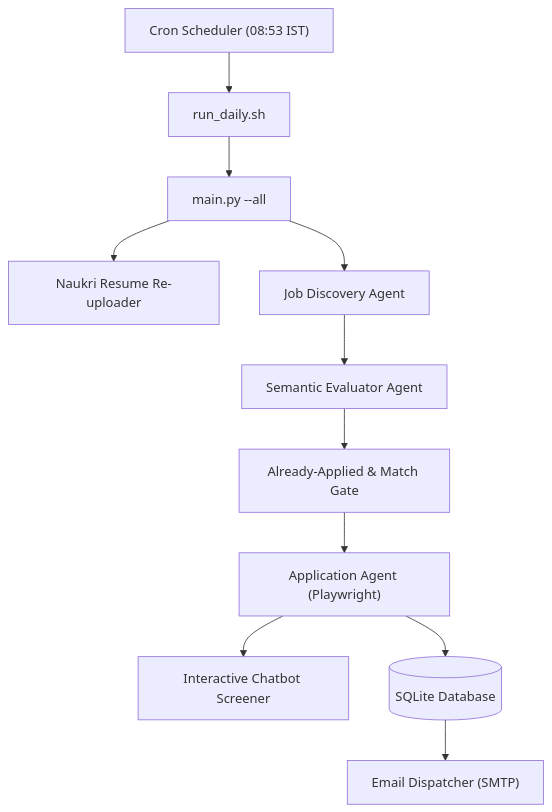
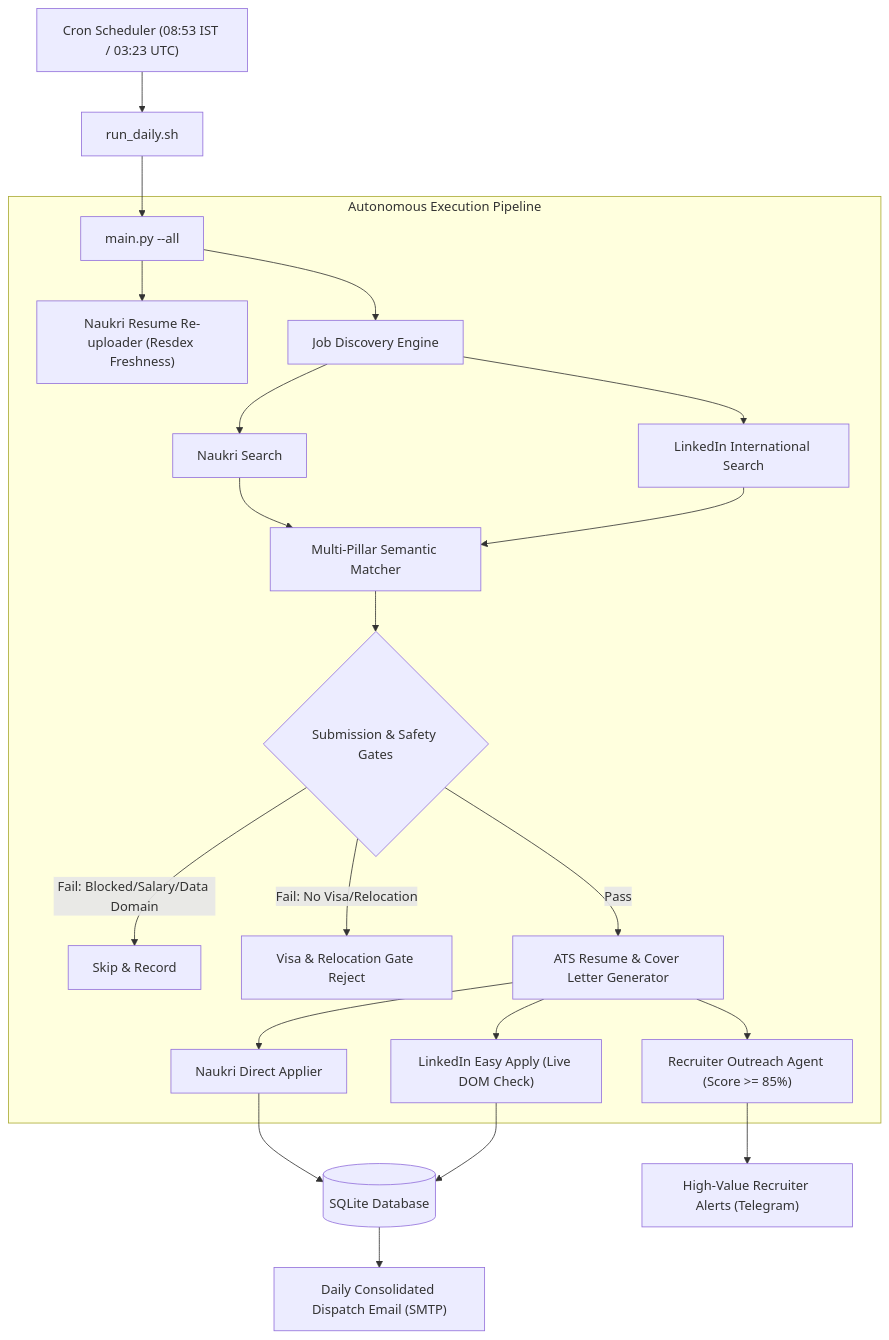
One commit to Saket8/CareerOps changed the diagram in README.md. Above: the diagram before and after it, drawn with Mermaid. The commit also changed other lines of this file, not shown here.

Commit message:
docs(readme): document LinkedIn Easy Apply pipeline, Visa/Relocation gate, and Telegram alerts

````diff
--- a/README.md
+++ b/README.md
@@ -34,13 +41,31 @@
 ```mermaid
 flowchart TD
-    Cron["Cron Scheduler (08:53 IST)"] --> Runner["run_daily.sh"]
+    Cron["Cron Scheduler (08:53 IST / 03:23 UTC)"] --> Runner["run_daily.sh"]
     Runner --> Main["main.py --all"]
-    Main --> Reupload["Naukri Resume Re-uploader"]
-    Main --> Discovery["Job Discovery Agent"]
-    Discovery --> Matcher["Semantic Evaluator Agent"]
-    Matcher --> Filter["Already-Applied & Match Gate"]
-    Filter --> Applier["Application Agent (Playwright)"]
-    Applier --> Screener["Interactive Chatbot Screener"]
-    Applier --> DB[(SQLite Database)]
-    DB --> Reporter["Email Dispatcher (SMTP)"]
+    
+    subgraph Pipeline ["Autonomous Execution Pipeline"]
+        Main --> Reupload["Naukri Resume Re-uploader (Resdex Freshness)"]
+        Main --> Discovery["Job Discovery Engine"]
+        Discovery --> NaukriDisc["Naukri Search"]
+        Discovery --> LIDisc["LinkedIn International Search"]
+        
+        NaukriDisc --> Qual["Multi-Pillar Semantic Matcher"]
+        LIDisc --> Qual
+        
+        Qual --> Gates{"Submission & Safety Gates"}
+        Gates -->|Fail: Blocked/Salary/Data Domain| Skip["Skip & Record"]
+        Gates -->|Fail: No Visa/Relocation| LISkip["Visa & Relocation Gate Reject"]
+        
+        Gates -->|Pass| Tailor["ATS Resume & Cover Letter Generator"]
+        Tailor --> AppNaukri["Naukri Direct Applier"]
+        Tailor --> AppLI["LinkedIn Easy Apply (Live DOM Check)"]
+        
+        Tailor --> Outreach["Recruiter Outreach Agent (Score >= 85%)"]
+    end
+    
+    AppNaukri --> DB[(SQLite Database)]
+    AppLI --> DB
+    
+    DB --> Email["Daily Consolidated Dispatch Email (SMTP)"]
+    Outreach --> Telegram["High-Value Recruiter Alerts (Telegram)"]
 ```
````
